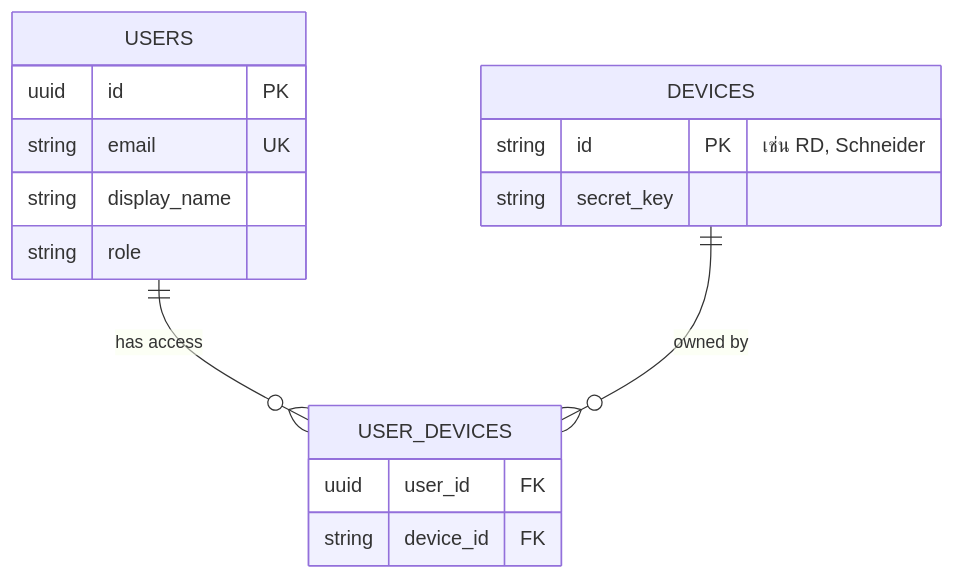
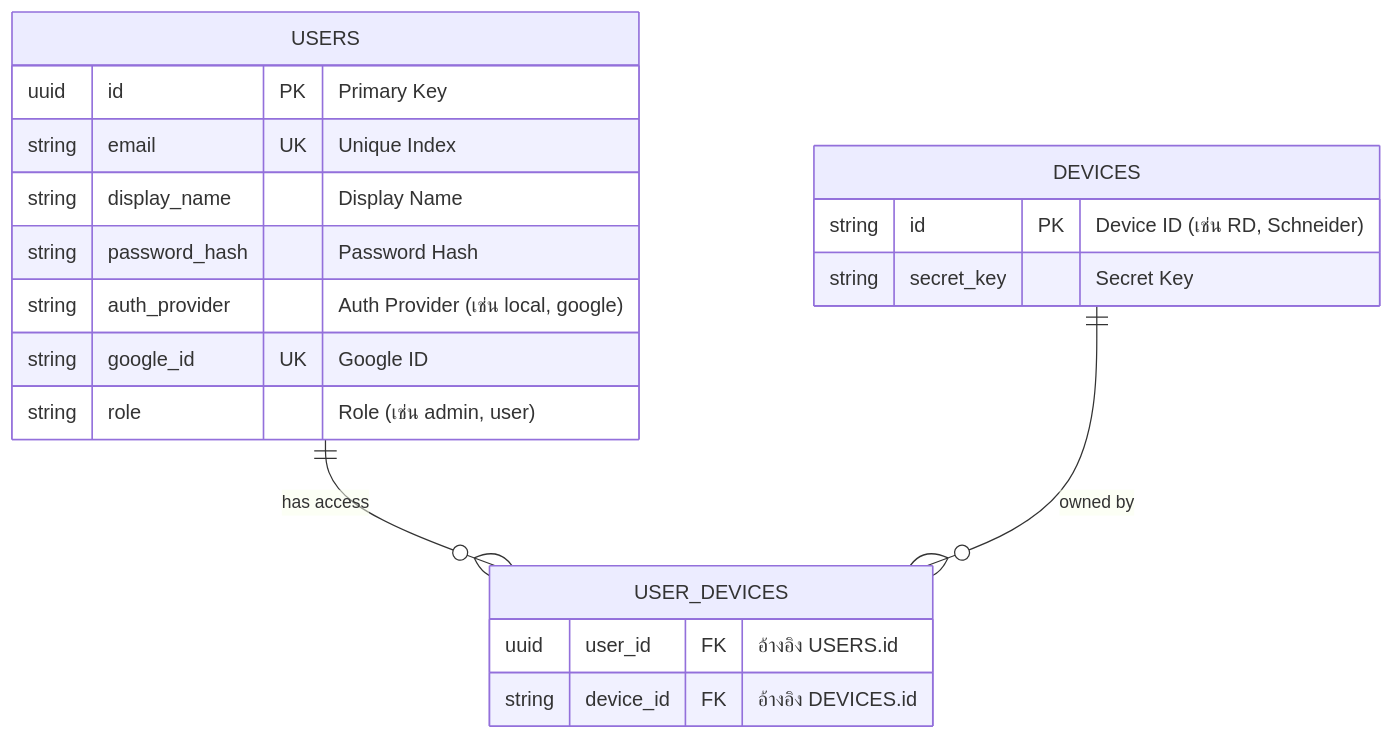
One commit to u65042380107/share changed the second of 30 diagrams in BILLING_AND_TIERS_SYSTEM.md. Above: the diagram before and after it, drawn with Mermaid. The commit also changed other lines of this file, not shown here.

````diff
--- a/BILLING_AND_TIERS_SYSTEM.md
+++ b/BILLING_AND_TIERS_SYSTEM.md
@@ -106,20 +106,23 @@
 ```mermaid
 erDiagram
     USERS ||--o{ USER_DEVICES : "has access"
     DEVICES ||--o{ USER_DEVICES : "owned by"
     
     USERS {
-        uuid id PK
-        string email UK
-        string display_name
-        string role
+        uuid id PK "Primary Key"
+        string email UK "Unique Index"
+        string display_name "Display Name"
+        string password_hash "Password Hash"
+        string auth_provider "Auth Provider (เช่น local, google)"
+        string google_id UK "Google ID"
+        string role "Role (เช่น admin, user)"
     }
     DEVICES {
-        string id PK "เช่น RD, Schneider"
-        string secret_key
+        string id PK "Device ID (เช่น RD, Schneider)"
+        string secret_key "Secret Key"
     }
     USER_DEVICES {
-        uuid user_id FK
-        string device_id FK
+        uuid user_id FK "อ้างอิง USERS.id"
+        string device_id FK "อ้างอิง DEVICES.id"
     }
 ```
````
